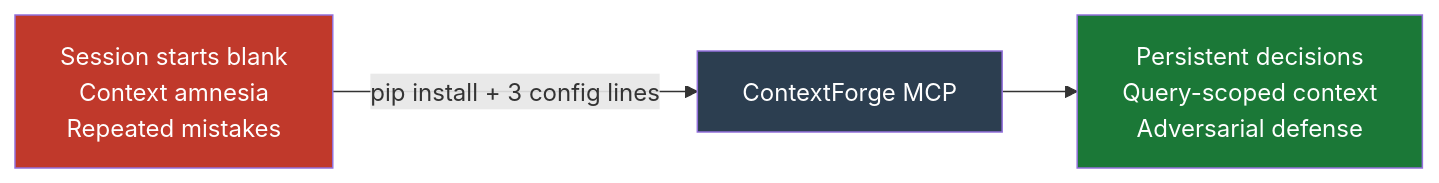
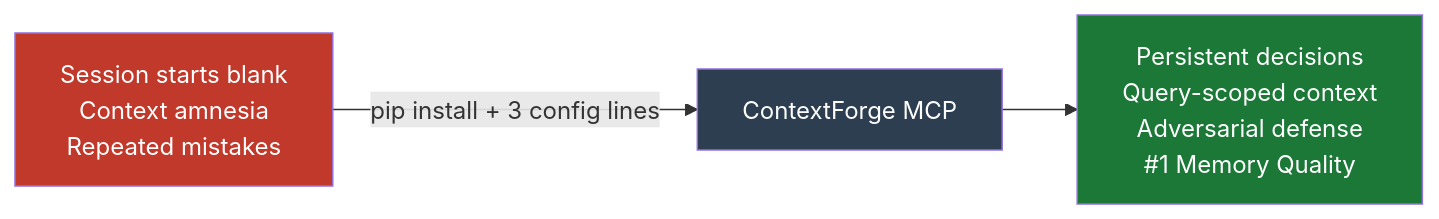
Before and after one commit to parnish007/contextforge: the first of 9 diagrams in README.md, drawn with Mermaid. The commit also changed other lines of this file and 62 other files, not shown here.

````diff
--- a/README.md
+++ b/README.md
@@ -44,12 +45,12 @@
 ```mermaid
 graph LR
     PROBLEM["Session starts blank\nContext amnesia\nRepeated mistakes"]
     CF["ContextForge MCP"]
-    SOLUTION["Persistent decisions\nQuery-scoped context\nAdversarial defense"]
+    SOLUTION["Persistent decisions\nQuery-scoped context\nAdversarial defense\n#1 Memory Quality"]
 
     PROBLEM -->|"pip install + 3 config lines"| CF --> SOLUTION
 
     style PROBLEM fill:#C0392B,color:#fff
     style CF fill:#2c3e50,color:#fff
     style SOLUTION fill:#1B7837,color:#fff
 ```
````
